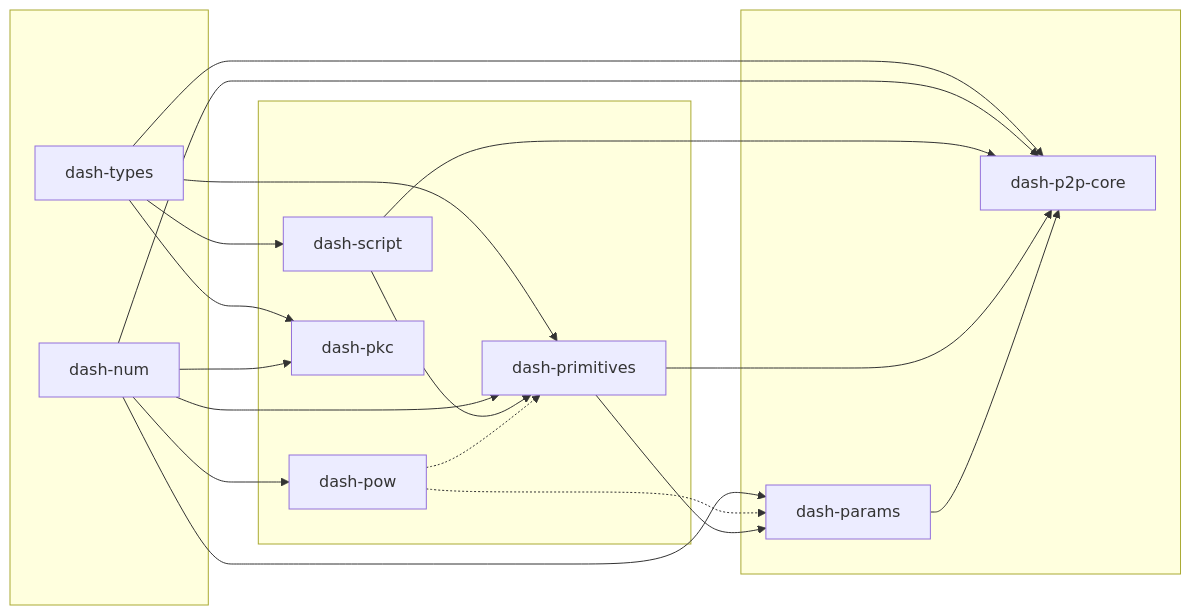
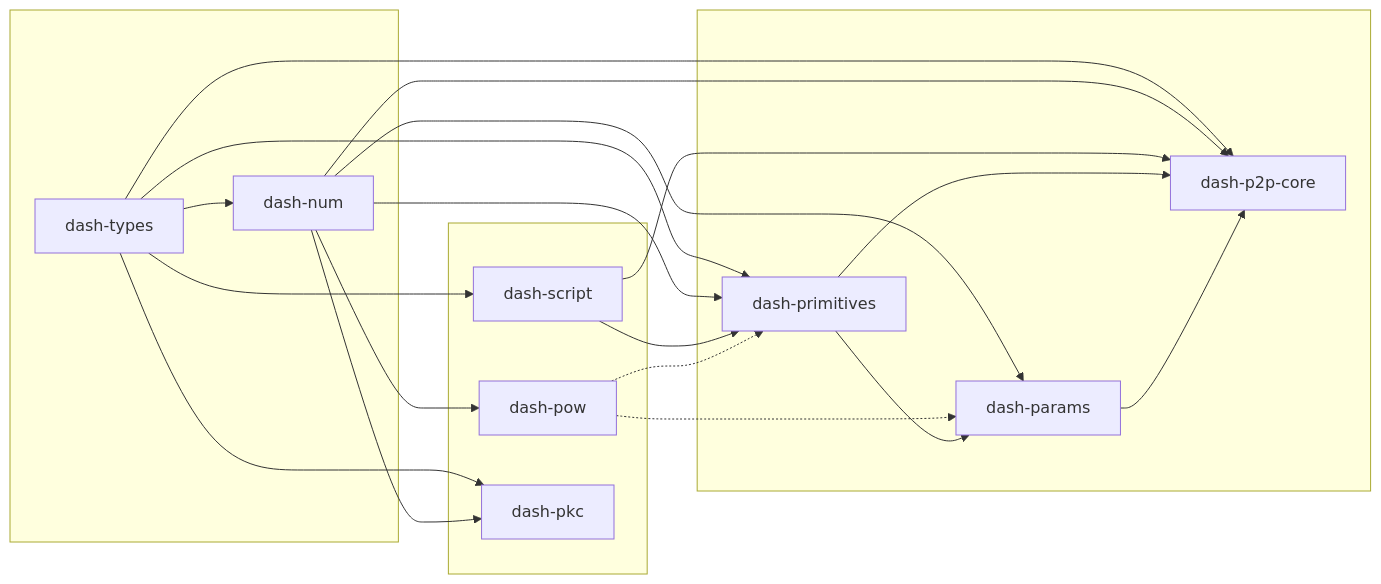
The diagram in README.md (dashpay/base-sdk), drawn with Mermaid before and after one commit. The commit also changed other lines of this file and 4 other files, not shown here.

````diff
--- a/README.md
+++ b/README.md
@@ -36,34 +36,35 @@
 ```mermaid
 graph LR
   subgraph " "
     types[dash-types]
     num[dash-num]
   end
   subgraph "  "
     script[dash-script]
     pow[dash-pow]
     pkc[dash-pkc]
-    primitives[dash-primitives]
   end
   subgraph "   "
+    primitives[dash-primitives]
     params[dash-params]
     p2p_core[dash-p2p-core]
   end
 
+  types --> num
   types --> script
   types --> pkc
   types --> primitives
   types --> p2p_core
   num --> pow
   num --> pkc
   num --> primitives
   num --> params
   num --> p2p_core
   script --> primitives
   script --> p2p_core
   pow -.-> primitives
   pow -.-> params
   primitives --> params
   primitives --> p2p_core
   params --> p2p_core
 ```
````
